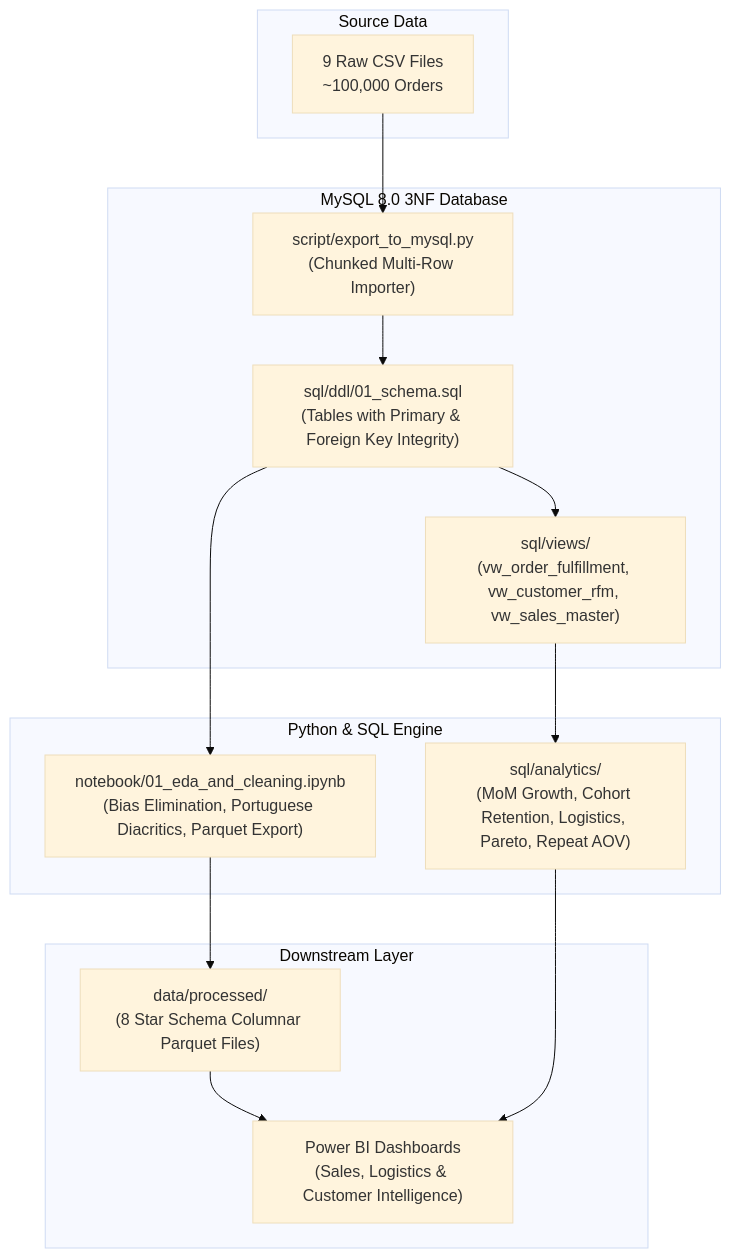
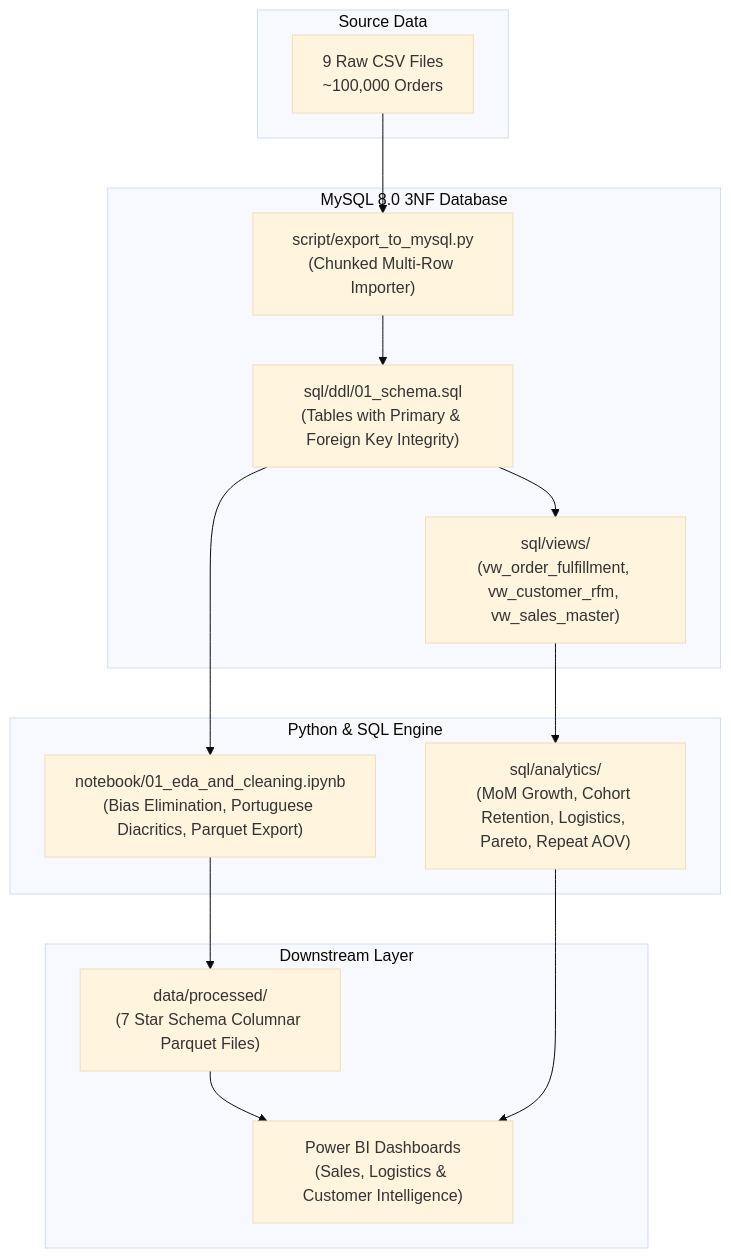
The diagram in README.md (ShaikhHamza104/brazilian-ecommerce-analytics), drawn with Mermaid (base theme) before and after one commit. The commit also changed other lines of this file and 1 other file, not shown here.

````diff
--- a/README.md
+++ b/README.md
@@ -95,29 +129,29 @@
 ```mermaid
 flowchart TD
     subgraph Raw Data [Source Data]
         CSV[9 Raw CSV Files\n~100,000 Orders]
     end
 
     subgraph Database Layer [MySQL 8.0 3NF Database]
         DDL["sql/ddl/01_schema.sql\n(Tables with Primary & Foreign Key Integrity)"]
         LOAD["script/export_to_mysql.py\n(Chunked Multi-Row Importer)"]
         VIEWS["sql/views/\n(vw_order_fulfillment, vw_customer_rfm, vw_sales_master)"]
     end
 
     subgraph Analytical Processing [Python & SQL Engine]
         EDA["notebook/01_eda_and_cleaning.ipynb\n(Bias Elimination, Portuguese Diacritics, Parquet Export)"]
         SQL_ANALYTICS["sql/analytics/\n(MoM Growth, Cohort Retention, Logistics, Pareto, Repeat AOV)"]
     end
 
     subgraph Presentation & Modeling [Downstream Layer]
-        PARQUET["data/processed/\n(8 Star Schema Columnar Parquet Files)"]
+        PARQUET["data/processed/\n(7 Star Schema Columnar Parquet Files)"]
         BI["Power BI Dashboards\n(Sales, Logistics & Customer Intelligence)"]
     end
 
     CSV --> LOAD --> DDL
     DDL --> VIEWS
     VIEWS --> SQL_ANALYTICS
     DDL --> EDA --> PARQUET
     PARQUET --> BI
     SQL_ANALYTICS --> BI
 ```
````
